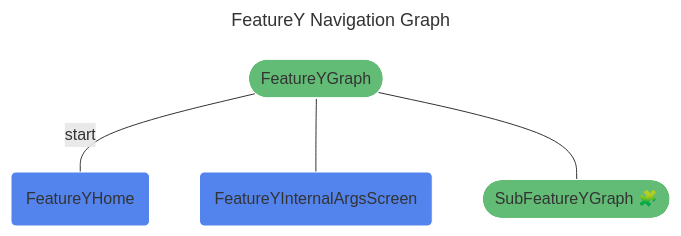
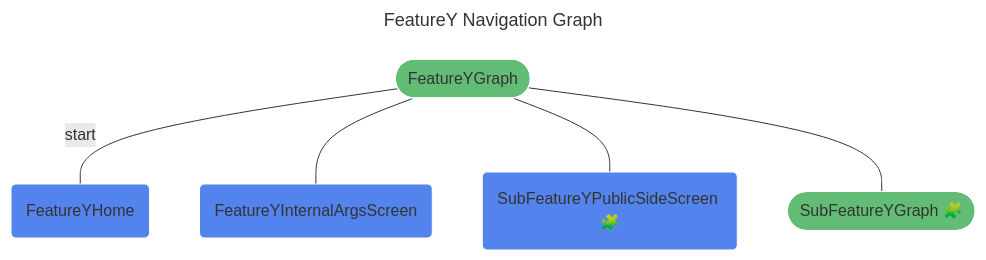
Before and after one commit to raamcosta/compose-destinations: the diagram in docs/FeatureYNavGraph.mmd, drawn with Mermaid. The commit also changed 144 other files, not shown here.

```diff
--- a/docs/FeatureYNavGraph.mmd
+++ b/docs/FeatureYNavGraph.mmd
@@ -1,15 +1,16 @@
 ---
 title: FeatureY Navigation Graph
 ---
 %%{init: {'theme':'base', 'themeVariables': { 'primaryTextColor': '#fff' }}%%
 graph TD
 feature_y(["FeatureYGraph"]) -- "start" --- feature_y_home("FeatureYHome")
 feature_y(["FeatureYGraph"]) --- feature_y_internal_args_screen("FeatureYInternalArgsScreen")
+feature_y(["FeatureYGraph"]) --- sub_feature_y_public_side_screen_destination("SubFeatureYPublicSideScreen 🧩")
 feature_y(["FeatureYGraph"]) --- sub_feature_y_nav_g(["SubFeatureYGraph 🧩"])
 
 click sub_feature_y_nav_g "SubFeatureYNavGraph.mmd" "See SubFeatureYGraph details" _blank
 
 classDef destination fill:#5383EC,stroke:#ffffff;
-class feature_y_home,feature_y_internal_args_screen destination;
+class feature_y_home,feature_y_internal_args_screen,sub_feature_y_public_side_screen_destination destination;
 classDef navgraph fill:#63BC76,stroke:#ffffff;
 class feature_y,sub_feature_y_nav_g navgraph;
```
